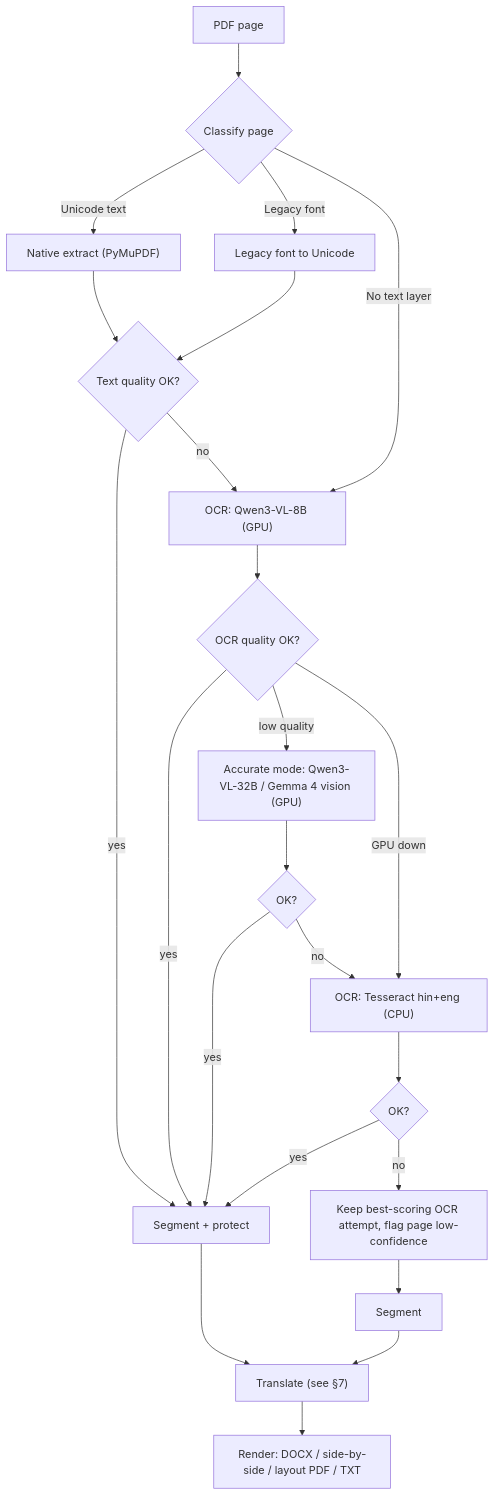
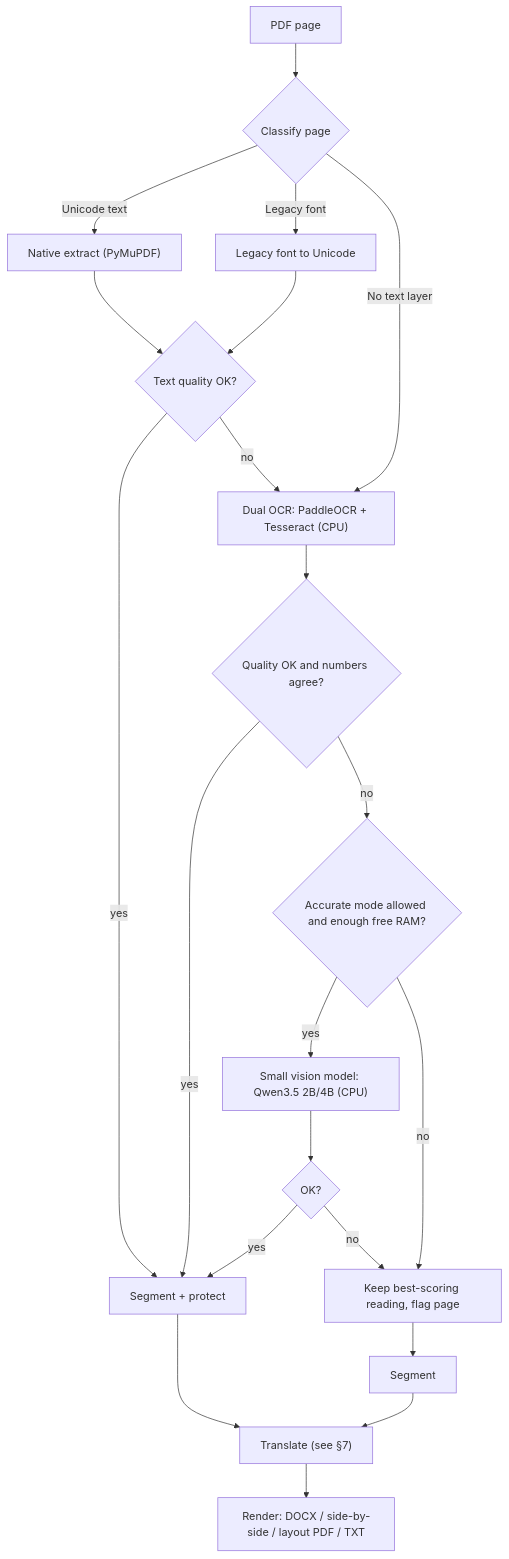
Before and after one commit to prasannad20011121/Pdf_-translater-: the second of 3 diagrams in PLAN.md, drawn with Mermaid. The commit also changed other lines of this file and 1 other file, not shown here.

First line of the commit message:
Revise plan for 8–12 GB RAM CPU-only laptops

````diff
--- a/PLAN.md
+++ b/PLAN.md
@@ -139,25 +190,23 @@
 ```mermaid
 flowchart TD
   PG["PDF page"] --> CLS{"Classify page"}
   CLS -- "Unicode text" --> NX["Native extract (PyMuPDF)"]
   CLS -- "Legacy font" --> LC["Legacy font to Unicode"]
   CLS -- "No text layer" --> O1
   NX --> Q{"Text quality OK?"}
   LC --> Q
   Q -- yes --> SEG["Segment + protect"]
-  Q -- no --> O1["OCR: Qwen3-VL-8B (GPU)"]
-  O1 --> Q2{"OCR quality OK?"}
+  Q -- no --> O1["Dual OCR: PaddleOCR + Tesseract (CPU)"]
+  O1 --> Q2{"Quality OK and numbers agree?"}
   Q2 -- yes --> SEG
-  Q2 -- "low quality" --> O1B["Accurate mode: Qwen3-VL-32B / Gemma 4 vision (GPU)"]
-  Q2 -- "GPU down" --> O2
-  O1B --> Q2B{"OK?"}
-  Q2B -- yes --> SEG
-  Q2B -- no --> O2["OCR: Tesseract hin+eng (CPU)"]
-  O2 --> Q3{"OK?"}
+  Q2 -- no --> AM{"Accurate mode allowed and enough free RAM?"}
+  AM -- yes --> O3["Small vision model: Qwen3.5 2B/4B (CPU)"]
+  O3 --> Q3{"OK?"}
   Q3 -- yes --> SEG
-  Q3 -- no --> BEST["Keep best-scoring OCR attempt, flag page low-confidence"]
+  Q3 -- no --> BEST
+  AM -- no --> BEST["Keep best-scoring reading, flag page"]
   BEST --> SEGF["Segment"]
   SEG --> MT["Translate (see §7)"]
   SEGF --> MT
   MT --> RND["Render: DOCX / side-by-side / layout PDF / TXT"]
 ```
````
